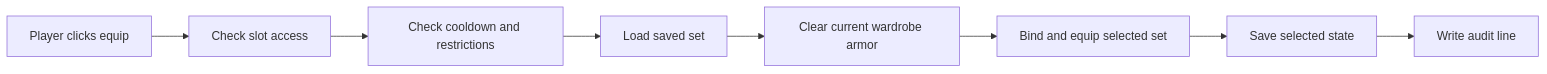
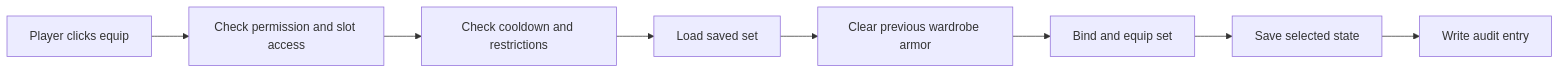
Before and after one commit to Riqqqque/RuinedWardrobe: the first of 2 diagrams in docs/wiki/Home.md, drawn with Mermaid. The commit also changed other lines of this file and 12 other files, not shown here.

````diff
--- a/docs/wiki/Home.md
+++ b/docs/wiki/Home.md
@@ -45,10 +62,10 @@
 ```mermaid
 flowchart LR
-    A["Player clicks equip"] --> B["Check slot access"]
+    A["Player clicks equip"] --> B["Check permission and slot access"]
     B --> C["Check cooldown and restrictions"]
     C --> D["Load saved set"]
-    D --> E["Clear current wardrobe armor"]
-    E --> F["Bind and equip selected set"]
+    D --> E["Clear previous wardrobe armor"]
+    E --> F["Bind and equip set"]
     F --> G["Save selected state"]
-    G --> H["Write audit line"]
+    G --> H["Write audit entry"]
 ```
````
